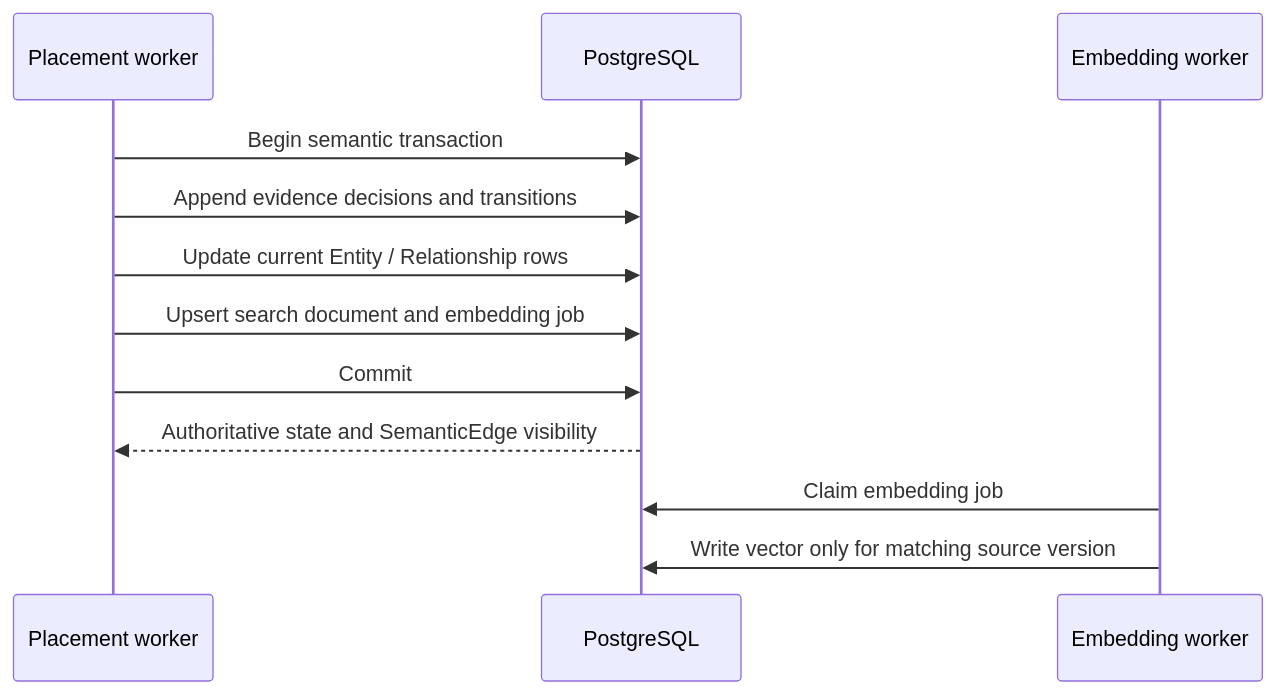
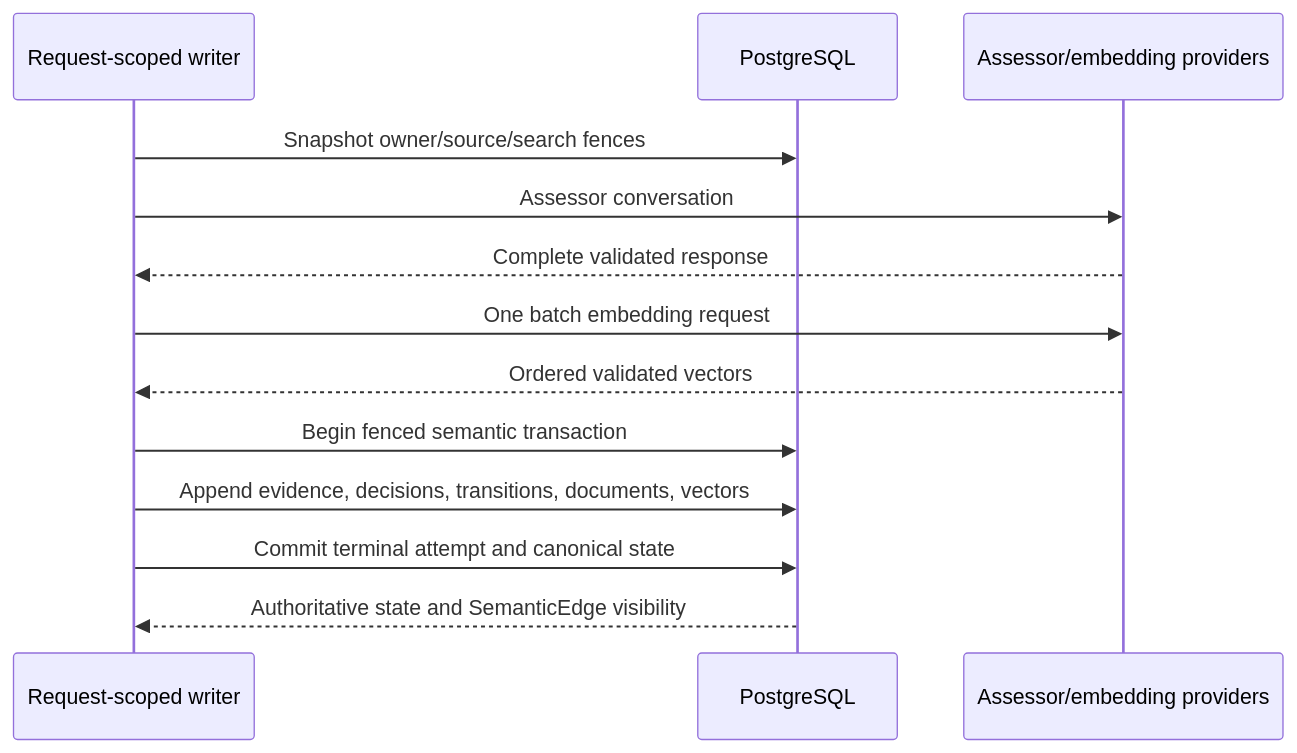
One commit to markhuangai/dense-mem changed the seventh of 7 diagrams in Architecture.md. Above: the diagram before and after it, drawn with Mermaid. The commit also changed other lines of this file and 24 other files, not shown here.

````diff
--- a/Architecture.md
+++ b/Architecture.md
@@ -403,16 +404,17 @@
 ```mermaid
 %%{init: {"sequence": {"rightAngles": true}}}%%
 sequenceDiagram
-  participant W as Placement worker
+  participant R as Request-scoped writer
   participant P as PostgreSQL
-  participant E as Embedding worker
+  participant E as Assessor/embedding providers
 
-  W->>P: Begin semantic transaction
-  W->>P: Append evidence decisions and transitions
-  W->>P: Update current Entity / Relationship rows
-  W->>P: Upsert search document and embedding job
-  W->>P: Commit
-  P-->>W: Authoritative state and SemanticEdge visibility
-  E->>P: Claim embedding job
-  E->>P: Write vector only for matching source version
+  R->>P: Snapshot owner/source/search fences
+  R->>E: Assessor conversation
+  E-->>R: Complete validated response
+  R->>E: One batch embedding request
+  E-->>R: Ordered validated vectors
+  R->>P: Begin fenced semantic transaction
+  R->>P: Append evidence, decisions, transitions, documents, vectors
+  R->>P: Commit terminal attempt and canonical state
+  P-->>R: Authoritative state and SemanticEdge visibility
 ```
````
